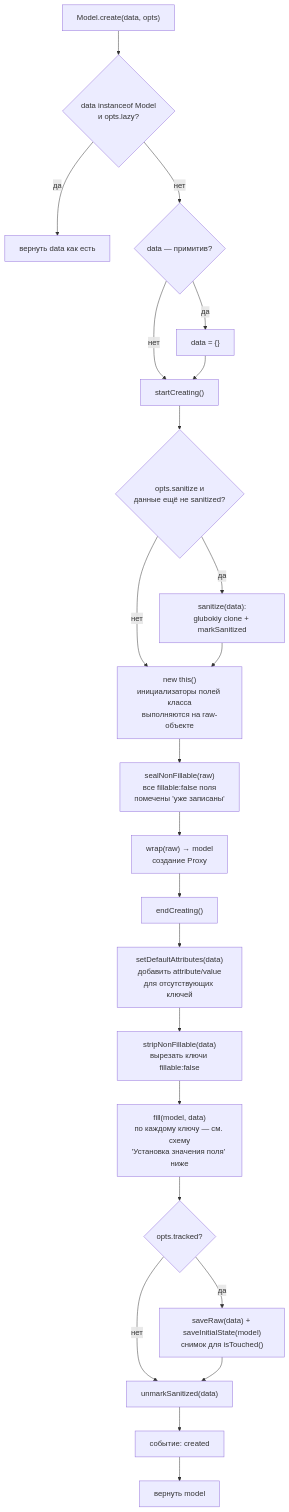
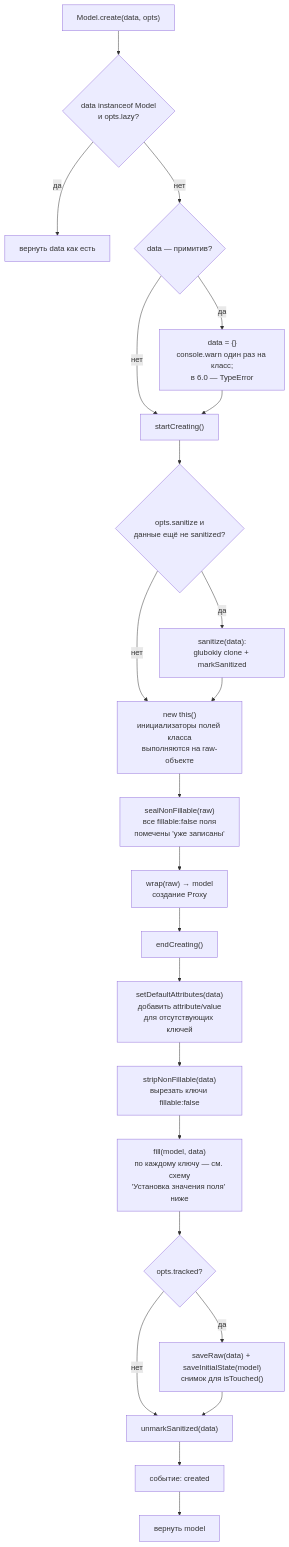
The first of 3 diagrams in docs/model-lifecycle.md (alt-point/active-models), drawn with Mermaid before and after one commit. The commit also changed 6 other files, not shown here.

````diff
--- a/docs/model-lifecycle.md
+++ b/docs/model-lifecycle.md
@@ -13,25 +13,25 @@
 ```mermaid
 flowchart TD
     A["Model.create(data, opts)"] --> B{"data instanceof Model\nи opts.lazy?"}
     B -- да --> B1["вернуть data как есть"]
     B -- нет --> C{"data — примитив?"}
-    C -- да --> C1["data = {}"]
+    C -- да --> C1["data = {}\nconsole.warn один раз на класс;\nв 6.0 — TypeError"]
     C -- нет --> D
     C1 --> D["startCreating()"]
     D --> E{"opts.sanitize и\nданные ещё не sanitized?"}
     E -- да --> F["sanitize(data):\nglubokiy clone + markSanitized"]
     E -- нет --> G
     F --> G["new this()\nинициализаторы полей класса\nвыполняются на raw-объекте"]
     G --> H["sealNonFillable(raw)\nвсе fillable:false поля\nпомечены 'уже записаны'"]
     H --> I["wrap(raw) → model\nсоздание Proxy"]
     I --> J["endCreating()"]
     J --> K["setDefaultAttributes(data)\nдобавить attribute/value\nдля отсутствующих ключей"]
     K --> L["stripNonFillable(data)\nвырезать ключи fillable:false"]
     L --> M["fill(model, data)\nпо каждому ключу — см. схему\n'Установка значения поля' ниже"]
     M --> N{"opts.tracked?"}
     N -- да --> O["saveRaw(data) + saveInitialState(model)\nснимок для isTouched()"]
     N -- нет --> P
     O --> P["unmarkSanitized(data)"]
     P --> R["событие: created"]
     R --> Q["вернуть model"]
 ```
````
